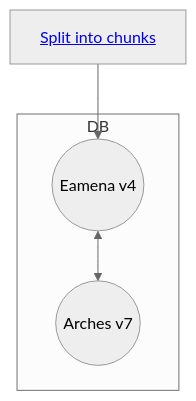
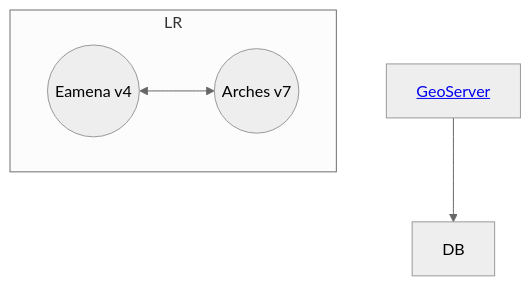
One commit to eamena-project/eamena-arches-dev changed the first of 2 diagrams in training/README.md. Above: the diagram before and after it, drawn with Mermaid (neutral theme).

Commit message:
by theme

````diff
--- a/training/README.md
+++ b/training/README.md
@@ -10,7 +10,7 @@
 ```mermaid
 flowchart
-  subgraph DB
+  subgraph LR
   id1((Eamena v4))<-->id2((Arches v7));
   end
-  id3[<a href='https://github.com/eamena-project/eamena-arches-dev/tree/main/geoserver'>Split into chunks</a>]-->id1;
+  id3[<a href='https://github.com/eamena-project/eamena-arches-dev/tree/main/geoserver'>GeoServer</a>]-->DB;
 ```
````
